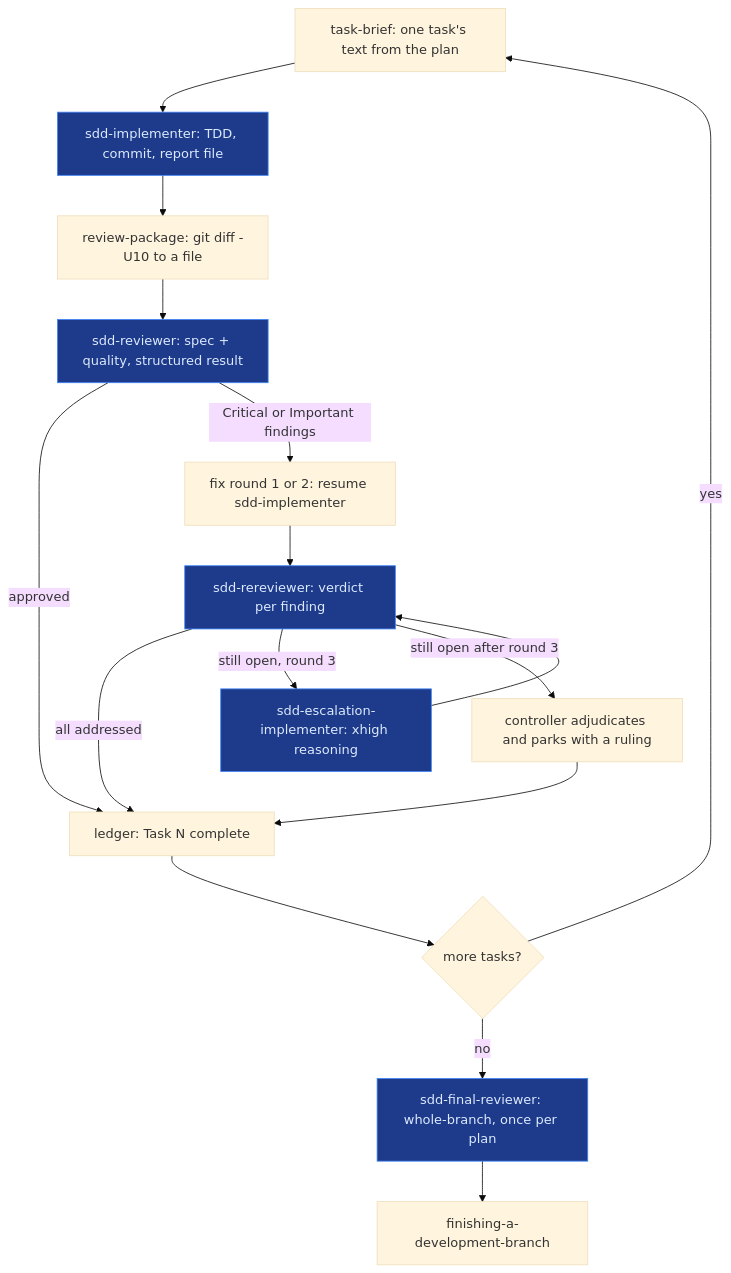
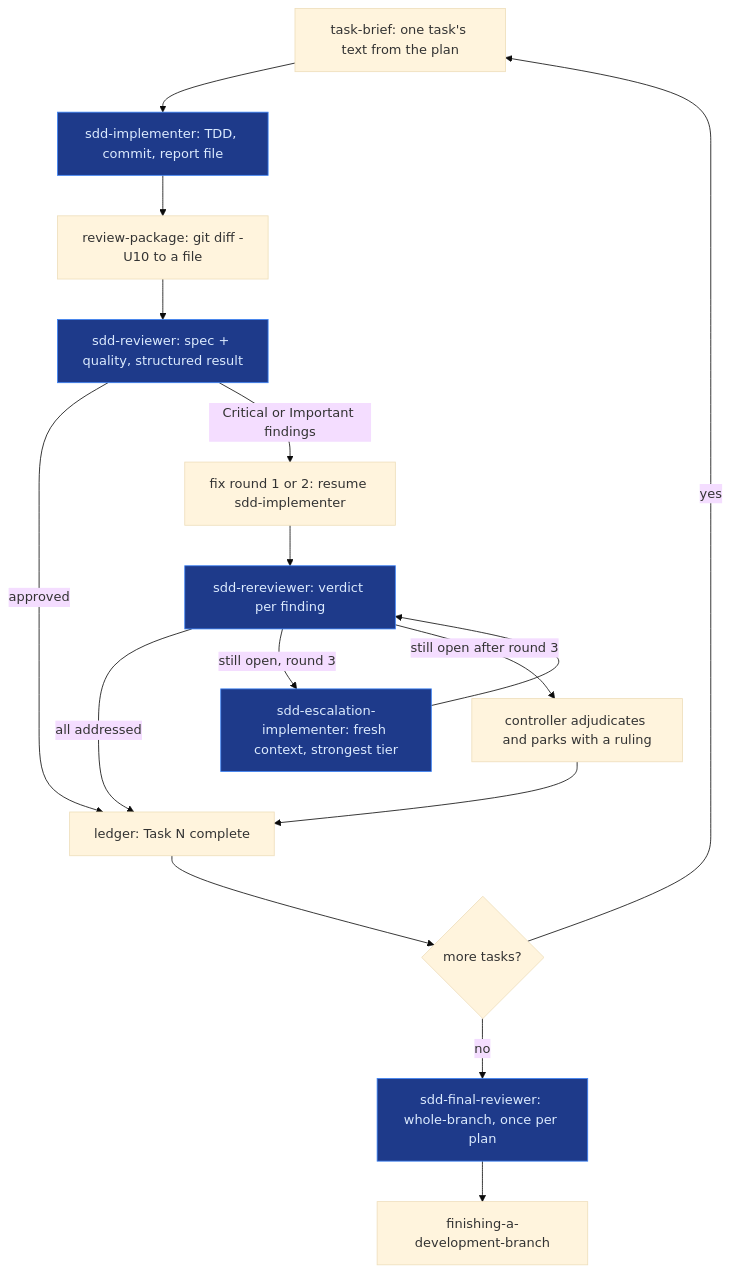
The first of 2 diagrams in README.md (LoneExile/omp-superpowers), drawn with Mermaid (base theme) before and after one commit. The commit also changed other lines of this file and 1 other file, not shown here.

````diff
--- a/README.md
+++ b/README.md
@@ -51,21 +53,21 @@
 ```mermaid
 flowchart TD
     B["task-brief: one task's text from the plan"] --> I
     I["sdd-implementer: TDD, commit, report file"] --> P["review-package: git diff -U10 to a file"]
     P --> R["sdd-reviewer: spec + quality, structured result"]
     R -->|"approved"| D["ledger: Task N complete"]
     R -->|"Critical or Important findings"| F
     F["fix round 1 or 2: resume sdd-implementer"] --> RR["sdd-rereviewer: verdict per finding"]
     RR -->|"all addressed"| D
-    RR -->|"still open, round 3"| E["sdd-escalation-implementer: xhigh reasoning"]
+    RR -->|"still open, round 3"| E["sdd-escalation-implementer: fresh context, strongest tier"]
     E --> RR
     RR -->|"still open after round 3"| A["controller adjudicates and parks with a ruling"]
     A --> D
     D --> N{"more tasks?"}
     N -->|"yes"| B
     N -->|"no"| W["sdd-final-reviewer: whole-branch, once per plan"]
     W --> X["finishing-a-development-branch"]
 
     classDef seat fill:#1e3a8a,stroke:#3b82f6,color:#dbeafe
     class I,R,RR,E,W seat
 ```
````
